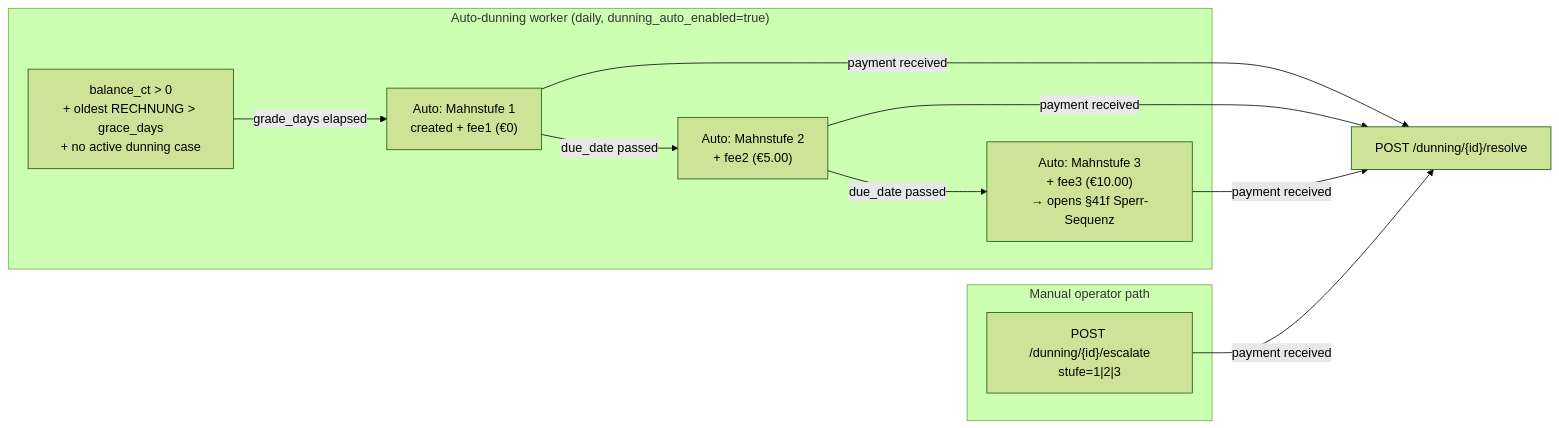
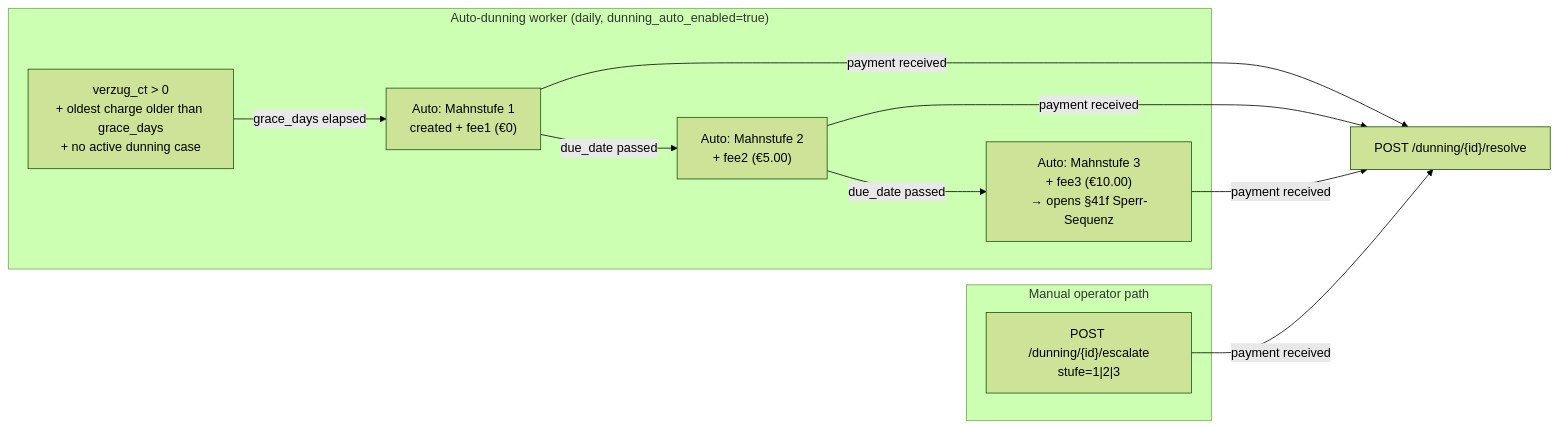
The second of 5 diagrams in site/content/docs/services/accountingd.md (hupe1980/mako), drawn with Mermaid (forest theme) before and after one commit. The commit also changed other lines of this file and 490 other files, not shown here.

````diff
--- a/site/content/docs/services/accountingd.md
+++ b/site/content/docs/services/accountingd.md
@@ -136,22 +152,22 @@
 ```mermaid
 graph LR
     subgraph auto ["Auto-dunning worker (daily, dunning_auto_enabled=true)"]
-        trigger["balance_ct > 0<br/>+ oldest RECHNUNG > grace_days<br/>+ no active dunning case"]
+        trigger["verzug_ct > 0<br/>+ oldest charge older than grace_days<br/>+ no active dunning case"]
         a1["Auto: Mahnstufe 1<br/>created + fee1 (€0)"]
         a2["Auto: Mahnstufe 2<br/>+ fee2 (€5.00)"]
         a3["Auto: Mahnstufe 3<br/>+ fee3 (€10.00)<br/>→ opens §41f Sperr-Sequenz"]
-        trigger -->|"grade_days elapsed"| a1
+        trigger -->|"grace_days elapsed"| a1
         a1 -->|"due_date passed"| a2
         a2 -->|"due_date passed"| a3
     end
 
     subgraph manual ["Manual operator path"]
         m1["POST /dunning/{id}/escalate<br/>stufe=1|2|3"]
     end
 
     resolved["POST /dunning/{id}/resolve"]
     a1 -->|"payment received"| resolved
     a2 -->|"payment received"| resolved
     a3 -->|"payment received"| resolved
     m1 -->|"payment received"| resolved
 ```
````
